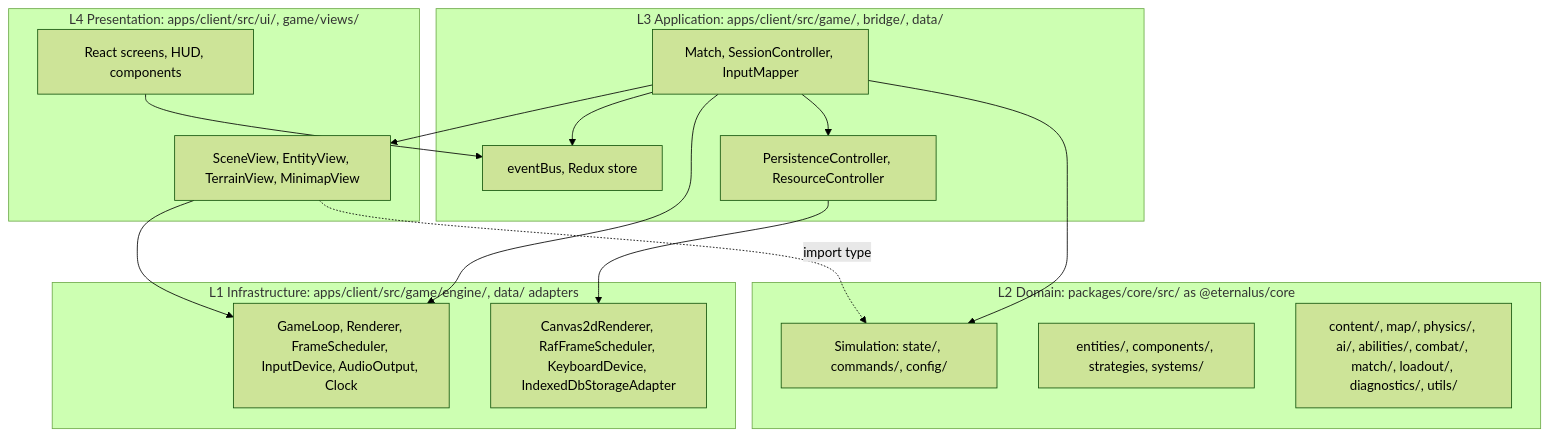
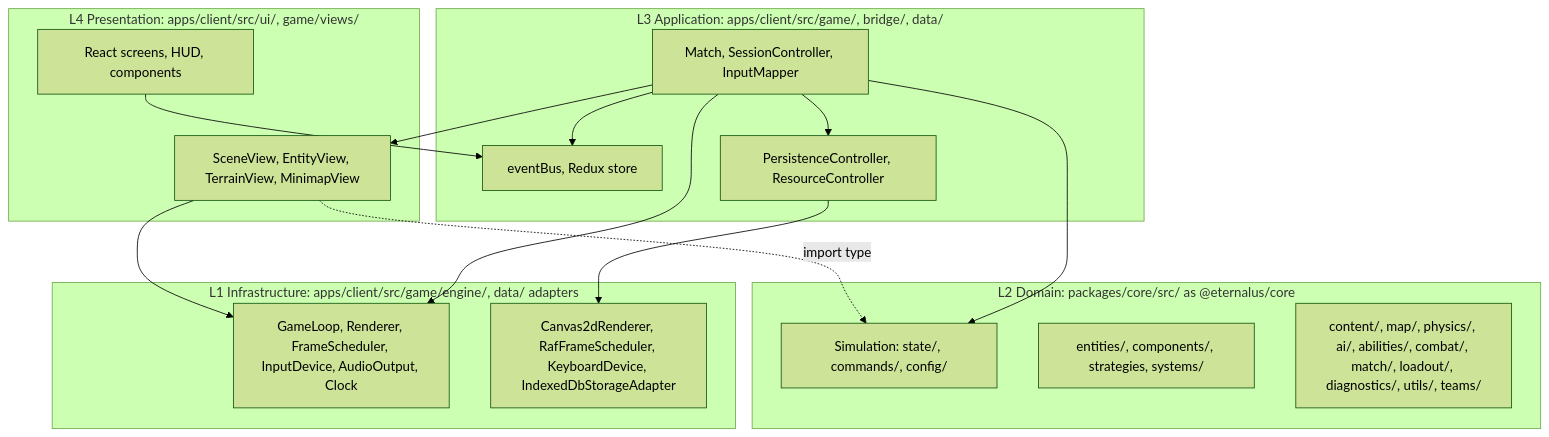
The diagram in docs/architecture/README.md (SamarjitBhogal/eternalus), drawn with Mermaid (forest theme) before and after one commit. The commit also changed other lines of this file and 33 other files, not shown here.

First line of the commit message:
docs(docs): fold the signed-off map design (DEC-14) into the architecture

````diff
--- a/docs/architecture/README.md
+++ b/docs/architecture/README.md
@@ -35,30 +35,30 @@
 ```mermaid
 flowchart TB
   subgraph L4["L4 Presentation: apps/client/src/ui/, game/views/"]
     UI[React screens, HUD, components]
     VIEWS[SceneView, EntityView, TerrainView, MinimapView]
   end
   subgraph L3["L3 Application: apps/client/src/game/, bridge/, data/"]
     MATCH[Match, SessionController, InputMapper]
     BRIDGE[eventBus, Redux store]
     FACADES[PersistenceController, ResourceController]
   end
   subgraph L2["L2 Domain: packages/core/src/ as @eternalus/core"]
     SIM[Simulation: state/, commands/, config/]
     WORLD[entities/, components/, strategies, systems/]
-    REST[content/, map/, physics/, ai/, abilities/, combat/, match/, loadout/, diagnostics/, utils/]
+    REST[content/, map/, physics/, ai/, abilities/, combat/, match/, loadout/, diagnostics/, utils/, teams/]
   end
   subgraph L1["L1 Infrastructure: apps/client/src/game/engine/, data/ adapters"]
     PORTS[GameLoop, Renderer, FrameScheduler, InputDevice, AudioOutput, Clock]
     ADAPTERS[Canvas2dRenderer, RafFrameScheduler, KeyboardDevice, IndexedDbStorageAdapter]
   end
   UI --> BRIDGE
   VIEWS -. import type .-> SIM
   VIEWS --> PORTS
   MATCH --> SIM
   MATCH --> PORTS
   MATCH --> VIEWS
   MATCH --> BRIDGE
   MATCH --> FACADES
   FACADES --> ADAPTERS
 ```
````
